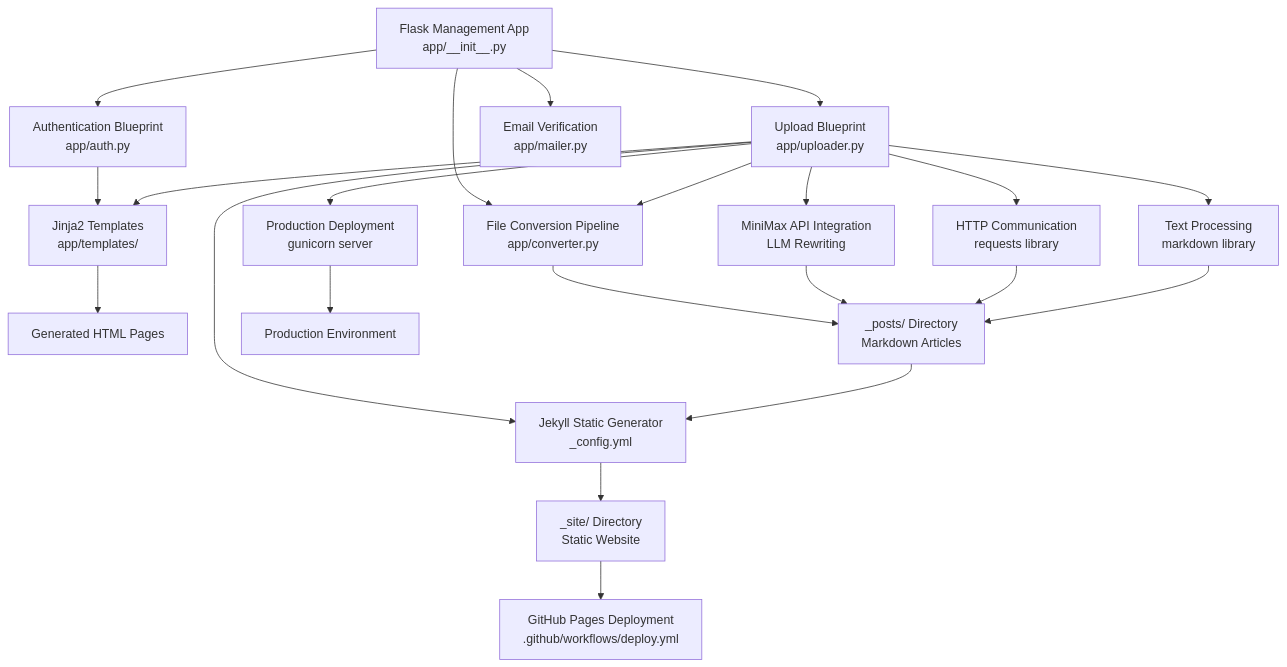
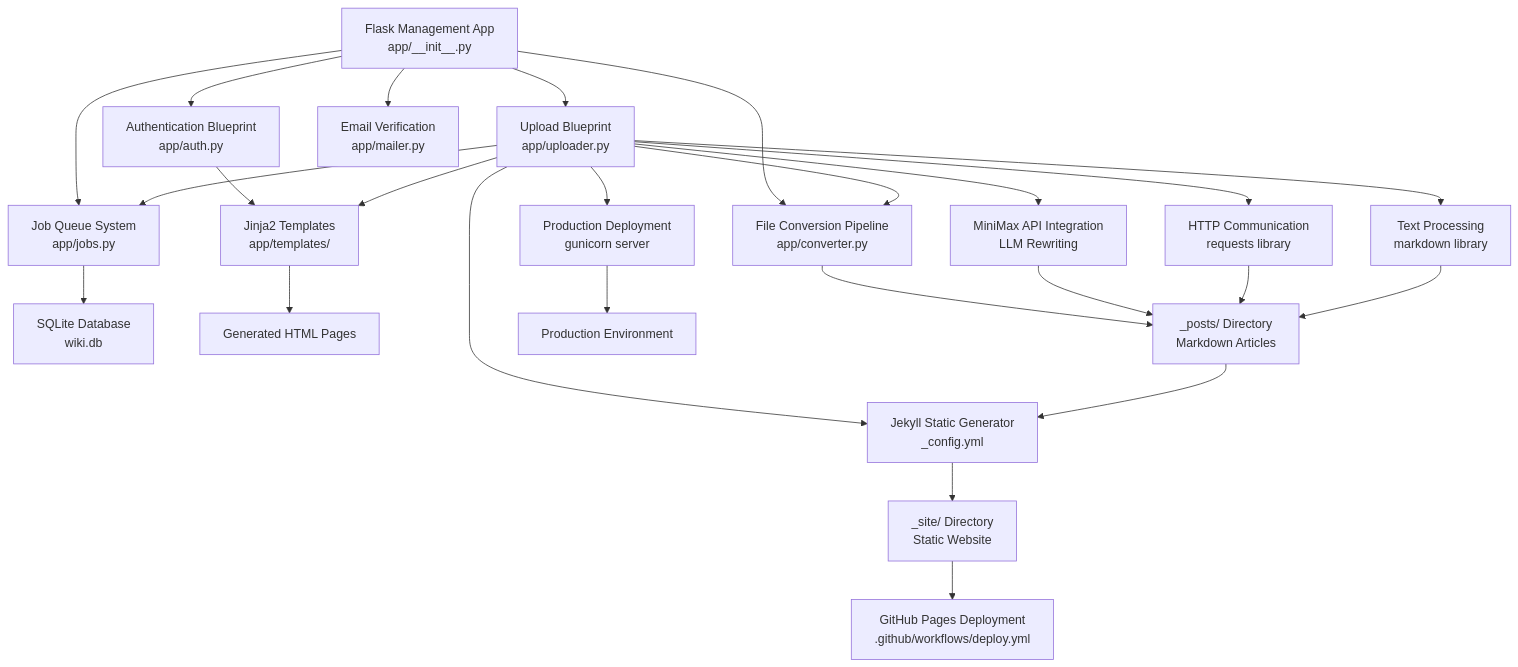
The first of 6 diagrams in .qoder/repowiki/en/content/API Reference/API Reference.md (PolarisW007/PolaZhenJing), drawn with Mermaid before and after one commit. The commit also changed other lines of this file and 333 other files, not shown here.

````diff
--- a/.qoder/repowiki/en/content/API Reference/API Reference.md
+++ b/.qoder/repowiki/en/content/API Reference/API Reference.md
@@ -58,24 +65,27 @@
 ```mermaid
 graph TB
 FlaskApp["Flask Management App<br/>app/__init__.py"] --> AuthBP["Authentication Blueprint<br/>app/auth.py"]
 FlaskApp --> UploadBP["Upload Blueprint<br/>app/uploader.py"]
+FlaskApp --> Jobs["Job Queue System<br/>app/jobs.py"]
 FlaskApp --> Converter["File Conversion Pipeline<br/>app/converter.py"]
 FlaskApp --> Mailer["Email Verification<br/>app/mailer.py"]
 AuthBP --> Templates["Jinja2 Templates<br/>app/templates/"]
 UploadBP --> Templates
+UploadBP --> Jobs
 UploadBP --> Converter
 UploadBP --> MiniMax["MiniMax API Integration<br/>LLM Rewriting"]
 UploadBP --> RequestsLib["HTTP Communication<br/>requests library"]
 UploadBP --> MarkdownLib["Text Processing<br/>markdown library"]
 UploadBP --> Gunicorn["Production Deployment<br/>gunicorn server"]
 UploadBP --> Jekyll["Jekyll Static Generator<br/>_config.yml"]
+Jobs --> SQLite["SQLite Database<br/>wiki.db"]
 Templates --> HTML["Generated HTML Pages"]
 Converter --> Posts["_posts/ Directory<br/>Markdown Articles"]
 MiniMax --> Posts
 RequestsLib --> Posts
 MarkdownLib --> Posts
 Gunicorn --> Production["Production Environment"]
 Posts --> Jekyll
 Jekyll --> Site["_site/ Directory<br/>Static Website"]
 Site --> GitHubPages["GitHub Pages Deployment<br/>.github/workflows/deploy.yml"]
 ```
````
